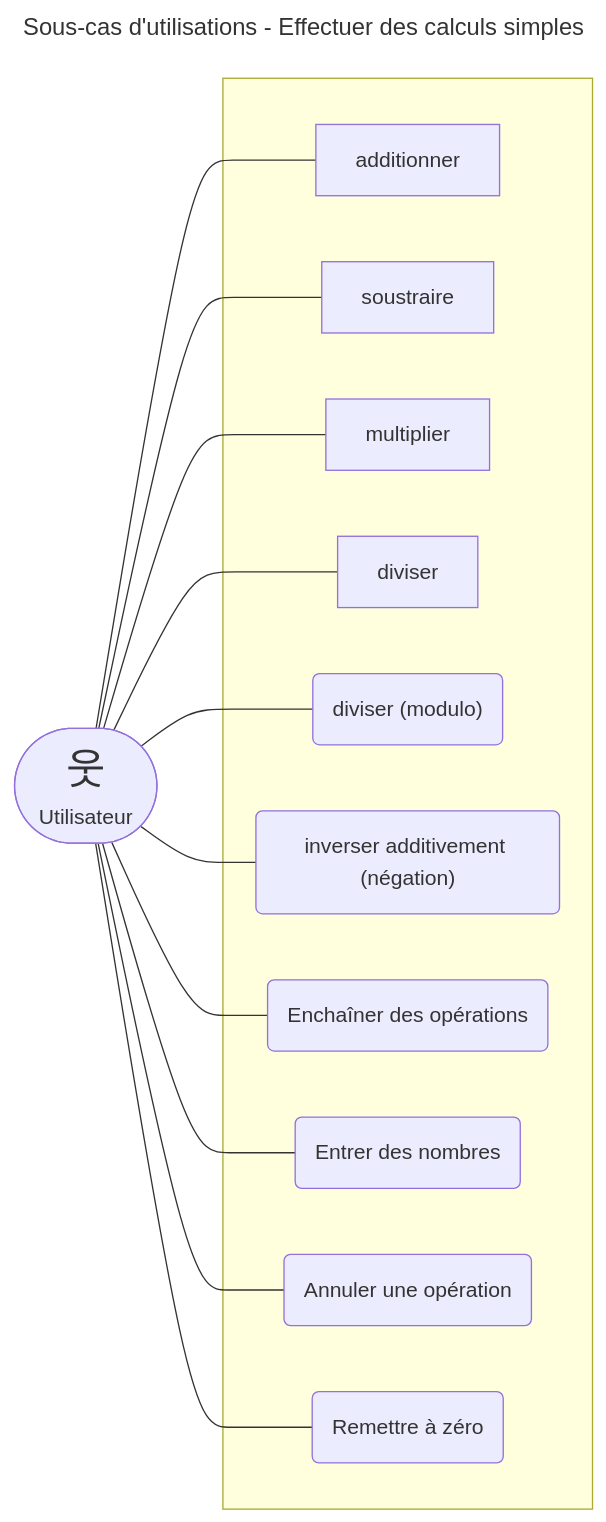
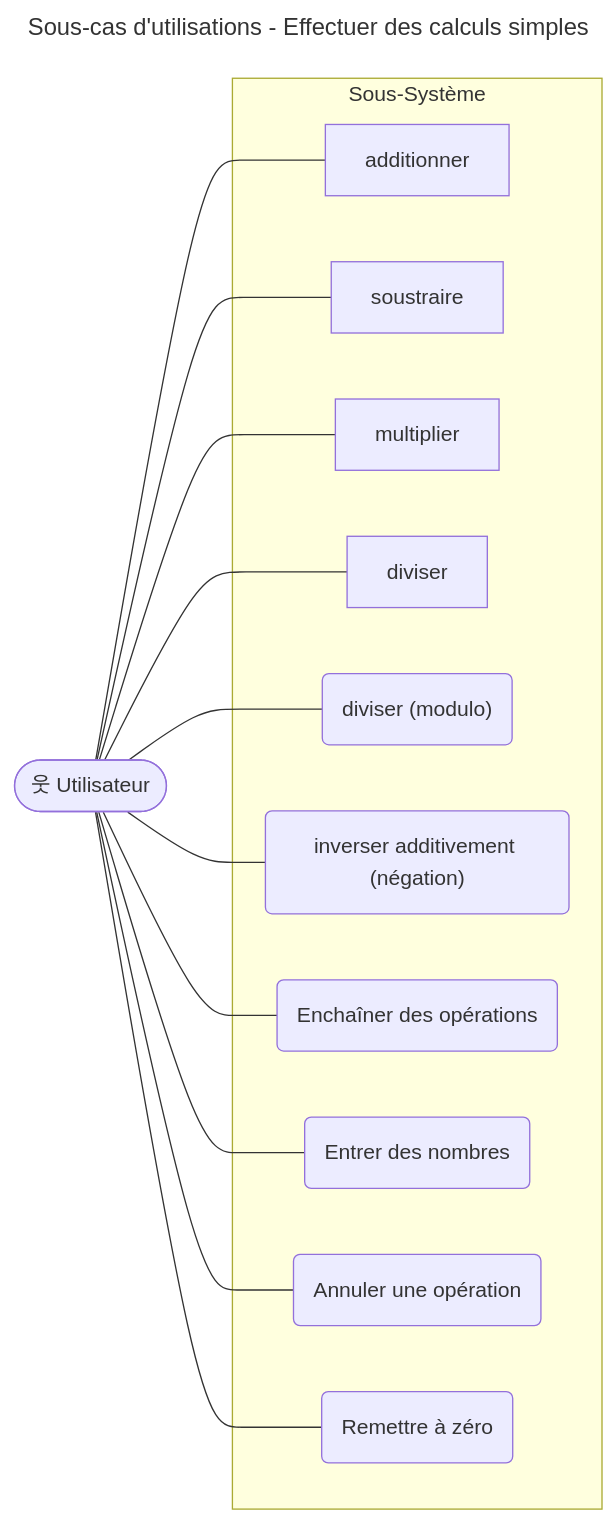
The third of 3 diagrams in documentation/cas-d-utilisation.md (frederickjeanguerin/Cours_6M5_Projet_Guide), drawn with Mermaid before and after one commit. The commit also changed other lines of this file, not shown here.

````diff
--- a/documentation/cas-d-utilisation.md
+++ b/documentation/cas-d-utilisation.md
@@ -125,23 +125,23 @@
 ```mermaid
 ---
 title: Sous-cas d'utilisations - Effectuer des calculs simples
 ---
 flowchart LR
-    user(["<span style='font-size:200%'>웃</span><br> Utilisateur"])
+    user(["웃 Utilisateur"])
     
-    subgraph système ["&nbsp;"]
+    subgraph Sous-Système
         additionner
         soustraire
         multiplier
         diviser
         modulo("diviser (modulo)")
         inverser("inverser additivement (négation)")
         combiner(Enchaîner des opérations)
         entrer(Entrer des nombres)
         annuler(Annuler une opération)
         reset(Remettre à zéro)
     end
 
     user --- additionner & soustraire & multiplier & diviser
     user --- inverser & modulo & combiner & annuler & entrer & reset
 ```
````
